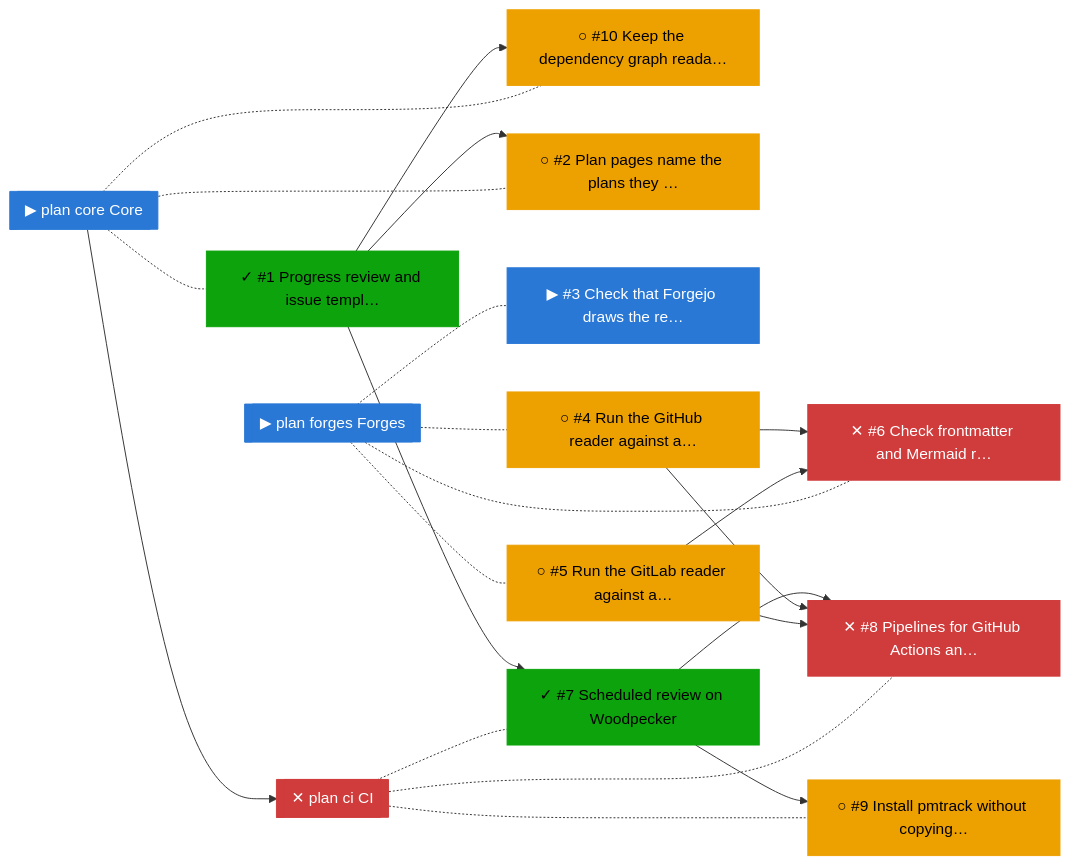
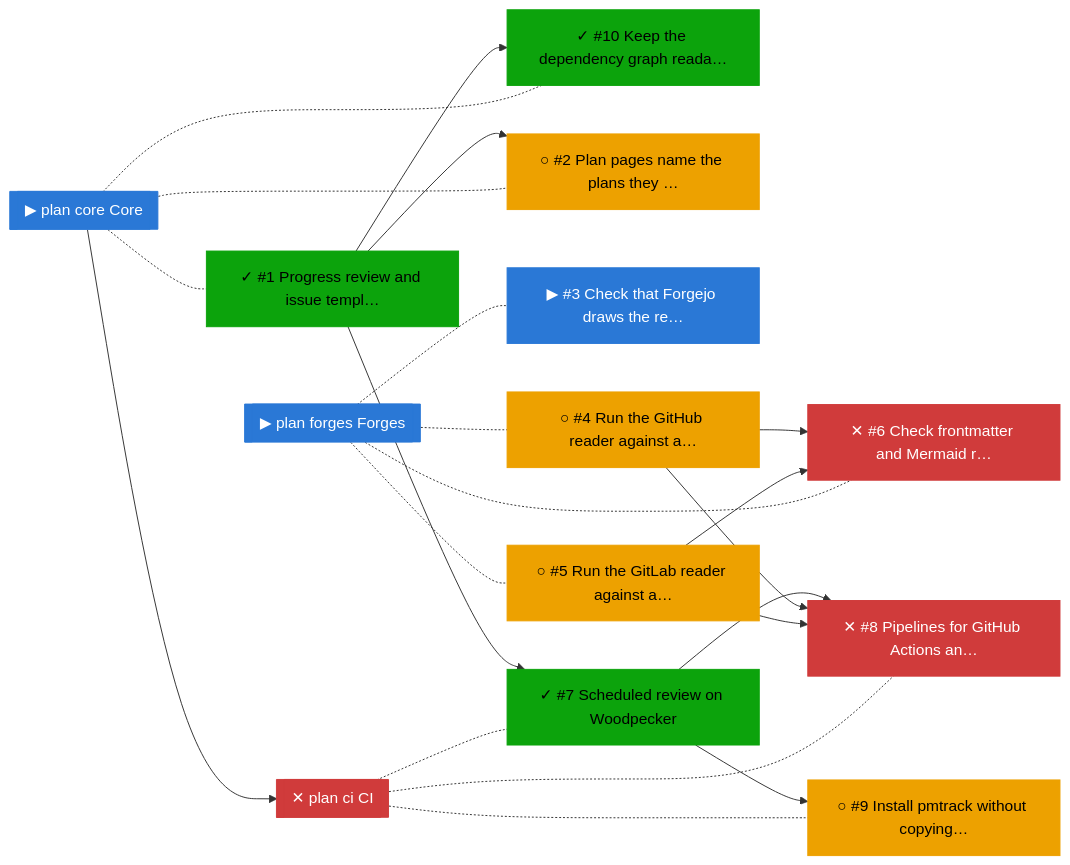
One commit to bvraghav/pmtrack changed the fourth of 4 diagrams in progress/README.md. Above: the diagram before and after it, drawn with Mermaid. The commit also changed other lines of this file and 5 other files, not shown here.

````diff
--- a/progress/README.md
+++ b/progress/README.md
@@ -78,42 +77,42 @@
 ```mermaid
 flowchart LR
   n0["✓ #1 Progress review and issue templ…"]:::done
-  n1["○ #10 Keep the dependency graph reada…"]:::ready
+  n1["✓ #10 Keep the dependency graph reada…"]:::done
   n2["○ #2 Plan pages name the plans they …"]:::ready
   n3["▶ #3 Check that Forgejo draws the re…"]:::active
   n4["○ #4 Run the GitHub reader against a…"]:::ready
   n5["○ #5 Run the GitLab reader against a…"]:::ready
   n6["✕ #6 Check frontmatter and Mermaid r…"]:::blocked
   n7["✓ #7 Scheduled review on Woodpecker"]:::done
   n8["✕ #8 Pipelines for GitHub Actions an…"]:::blocked
   n9["○ #9 Install pmtrack without copying…"]:::ready
   n10[["✕ plan ci CI"]]:::blocked
   n11[["▶ plan core Core"]]:::active
   n12[["▶ plan forges Forges"]]:::active
   n0 --> n1
   n0 --> n2
   n4 --> n6
   n5 --> n6
   n0 --> n7
   n7 --> n8
   n4 --> n8
   n5 --> n8
   n7 --> n9
   n10 -.- n7
   n10 -.- n8
   n10 -.- n9
   n11 --> n10
   n11 -.- n0
   n11 -.- n2
   n11 -.- n1
   n12 -.- n3
   n12 -.- n4
   n12 -.- n5
   n12 -.- n6
   classDef done fill:#0ca30c,color:#000,stroke:#0ca30c
   classDef active fill:#2a78d6,color:#fff,stroke:#2a78d6
   classDef ready fill:#eda100,color:#000,stroke:#eda100
   classDef blocked fill:#d03b3b,color:#fff,stroke:#d03b3b
   classDef unknown fill:#898781,color:#000,stroke:#898781
   classDef dropped fill:#898781,color:#000,stroke:#898781
 ```
````
